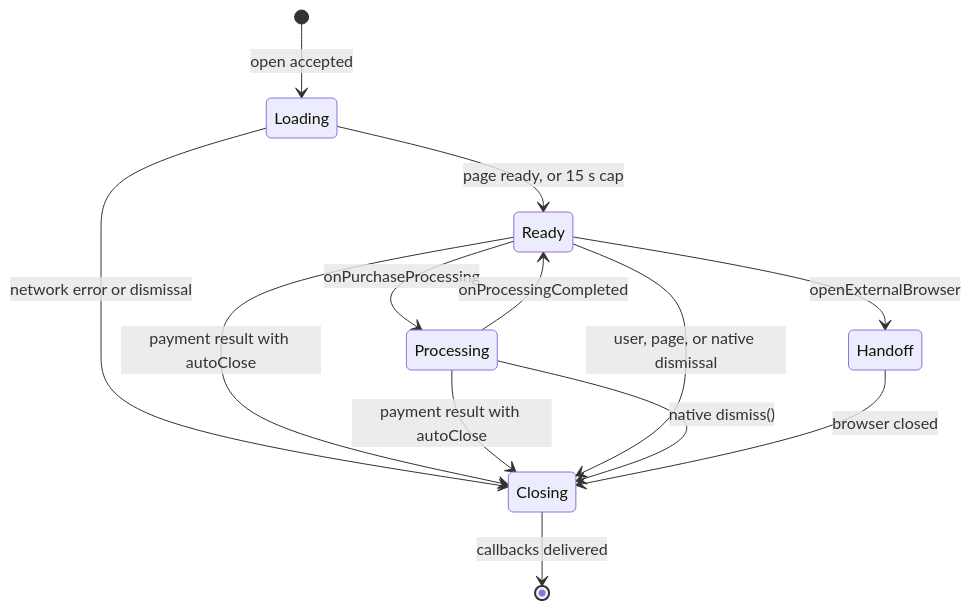
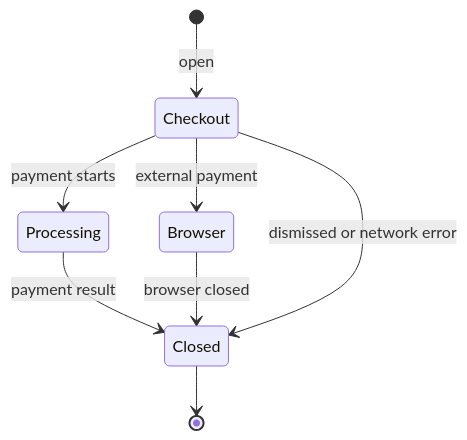
The second of 2 diagrams in docs/architecture/index.md (stashgg/stash-native), drawn with Mermaid before and after one commit. The commit also changed other lines of this file and 6 other files, not shown here.

First line of the commit message:
[docs] Simplify Package Architecture into an overview

````diff
--- a/docs/architecture/index.md
+++ b/docs/architecture/index.md
@@ -49,15 +35,10 @@
 ```mermaid
 stateDiagram-v2
-    [*] --> Loading: open accepted
-    Loading --> Ready: page ready, or 15 s cap
-    Loading --> Closing: network error or dismissal
-    Ready --> Processing: onPurchaseProcessing
-    Processing --> Ready: onProcessingCompleted
-    Ready --> Closing: payment result with autoClose
-    Processing --> Closing: payment result with autoClose
-    Ready --> Closing: user, page, or native dismissal
-    Processing --> Closing: native dismiss()
-    Ready --> Handoff: openExternalBrowser
-    Handoff --> Closing: browser closed
-    Closing --> [*]: callbacks delivered
+    [*] --> Checkout: open
+    Checkout --> Processing: payment starts
+    Processing --> Closed: payment result
+    Checkout --> Browser: external payment
+    Browser --> Closed: browser closed
+    Checkout --> Closed: dismissed or network error
+    Closed --> [*]
 ```
````
